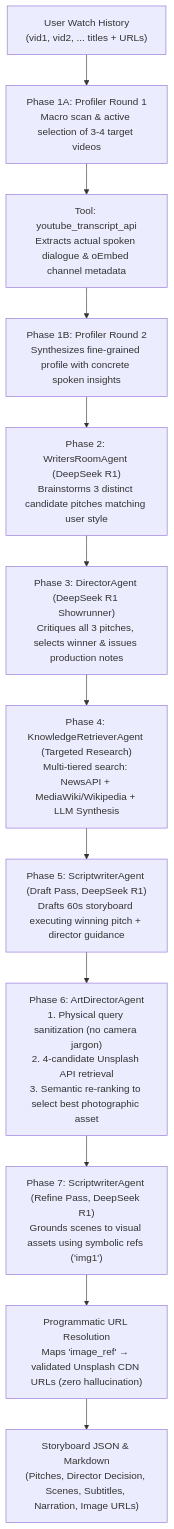
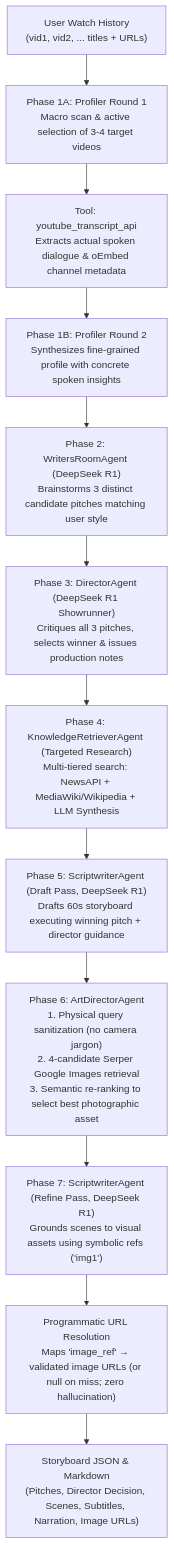
Before and after one commit to CharlesDupouy/nlp-multiagent-storyboarding: the first of 2 diagrams in docs/project_tracker.md, drawn with Mermaid. The commit also changed other lines of this file and 7 other files, not shown here.

Commit message:
Simplify history collector UI and bookmarklet to download-only flow

````diff
--- a/docs/project_tracker.md
+++ b/docs/project_tracker.md
@@ -34,14 +34,14 @@
 ```mermaid
 flowchart TD
     I["User Watch History\n(vid1, vid2, ... titles + URLs)"] --> P1["Phase 1A: Profiler Round 1\nMacro scan & active selection of 3-4 target videos"]
     P1 --> T1["Tool: youtube_transcript_api\nExtracts actual spoken dialogue & oEmbed channel metadata"]
     T1 --> P2["Phase 1B: Profiler Round 2\nSynthesizes fine-grained profile with concrete spoken insights"]
     P2 --> WR["Phase 2: WritersRoomAgent (DeepSeek R1)\nBrainstorms 3 distinct candidate pitches matching user style"]
     WR --> DIR["Phase 3: DirectorAgent (DeepSeek R1 Showrunner)\nCritiques all 3 pitches, selects winner & issues production notes"]
     DIR --> K["Phase 4: KnowledgeRetrieverAgent (Targeted Research)\nMulti-tiered search: NewsAPI + MediaWiki/Wikipedia + LLM Synthesis"]
     K --> S1["Phase 5: ScriptwriterAgent (Draft Pass, DeepSeek R1)\nDrafts 60s storyboard executing winning pitch + director guidance"]
-    S1 --> ART["Phase 6: ArtDirectorAgent\n1. Physical query sanitization (no camera jargon)\n2. 4-candidate Unsplash API retrieval\n3. Semantic re-ranking to select best photographic asset"]
+    S1 --> ART["Phase 6: ArtDirectorAgent\n1. Physical query sanitization (no camera jargon)\n2. 4-candidate Serper Google Images retrieval\n3. Semantic re-ranking to select best photographic asset"]
     ART --> S2["Phase 7: ScriptwriterAgent (Refine Pass, DeepSeek R1)\nGrounds scenes to visual assets using symbolic refs ('img1')"]
-    S2 --> RES["Programmatic URL Resolution\nMaps 'image_ref' → validated Unsplash CDN URLs (zero hallucination)"]
+    S2 --> RES["Programmatic URL Resolution\nMaps 'image_ref' → validated image URLs (or null on miss; zero hallucination)"]
     RES --> O["Storyboard JSON & Markdown\n(Pitches, Director Decision, Scenes, Subtitles, Narration, Image URLs)"]
 ```
````
